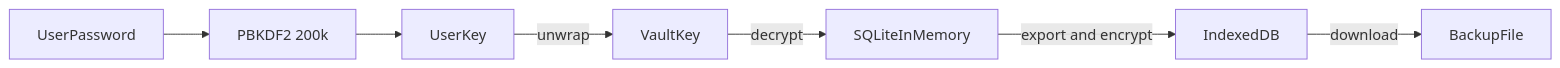
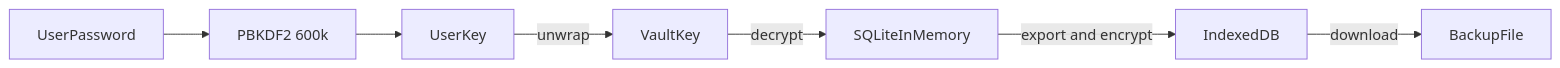
The diagram in README.md (kool277/iqtisod), drawn with Mermaid before and after one commit. The commit also changed other lines of this file and 5 other files, not shown here.

````diff
--- a/README.md
+++ b/README.md
@@ -34,9 +38,9 @@
 ```mermaid
 flowchart LR
-  password[UserPassword] --> kdf["PBKDF2 200k"]
+  password[UserPassword] --> kdf["PBKDF2 600k"]
   kdf --> kek[UserKey]
   kek -->|unwrap| dek[VaultKey]
   dek -->|decrypt| db[SQLiteInMemory]
   db -->|export and encrypt| idb[IndexedDB]
   idb -->|download| backup[BackupFile]
 ```
````
